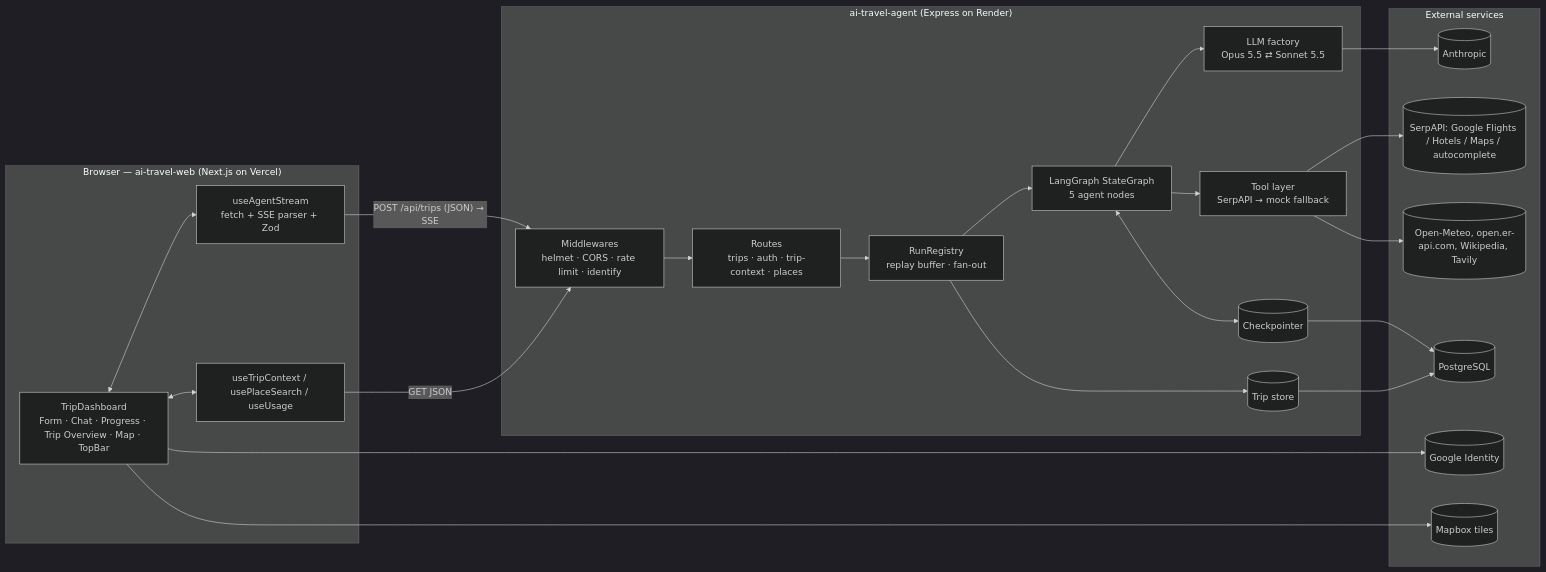
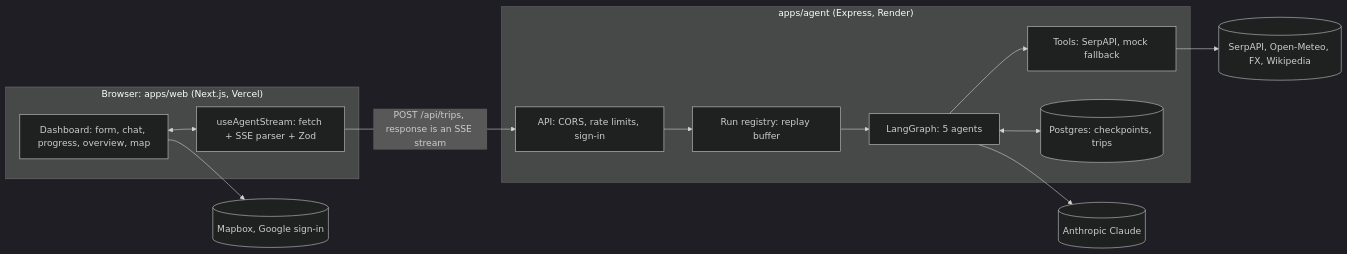
The first of 2 diagrams in PROJECT.md (Saidbek9092/ai-travel-planner), drawn with Mermaid (dark theme) before and after one commit. The commit also changed other lines of this file and 8 other files, not shown here.

````diff
--- a/PROJECT.md
+++ b/PROJECT.md
@@ -66,45 +29,21 @@
 ```mermaid
 flowchart LR
-  subgraph Browser["Browser — ai-travel-web (Next.js on Vercel)"]
-    UI[TripDashboard<br/>Form · Chat · Progress · Trip Overview · Map · TopBar]
-    Hook[useAgentStream<br/>fetch + SSE parser + Zod]
-    Ctx[useTripContext / usePlaceSearch / useUsage]
+  subgraph Browser["Browser: apps/web (Next.js, Vercel)"]
+    UI[Dashboard: form, chat, progress, overview, map]
+    Hook[useAgentStream: fetch + SSE parser + Zod]
     UI <--> Hook
-    UI <--> Ctx
   end
-
-  subgraph Agent["ai-travel-agent (Express on Render)"]
-    MW[Middlewares<br/>helmet · CORS · rate limit · identify]
-    Routes[Routes<br/>trips · auth · trip-context · places]
-    Reg[RunRegistry<br/>replay buffer · fan-out]
-    Graph[LangGraph StateGraph<br/>5 agent nodes]
-    Tools[Tool layer<br/>SerpAPI → mock fallback]
-    LLM[LLM factory<br/>Opus 5.5 ⇄ Sonnet 5.5]
-    Store[(Trip store)]
-    CP[(Checkpointer)]
-    MW --> Routes --> Reg --> Graph
-    Graph --> Tools
-    Graph --> LLM
-    Graph <--> CP
-    Reg --> Store
+  subgraph Agent["apps/agent (Express, Render)"]
+    API[API: CORS, rate limits, sign-in]
+    Reg[Run registry: replay buffer]
+    Graph[LangGraph: 5 agents]
+    Tools[Tools: SerpAPI, mock fallback]
+    Store[(Postgres: checkpoints, trips)]
+    API --> Reg --> Graph --> Tools
+    Graph <--> Store
   end
-
-  subgraph External["External services"]
-    Anthropic[(Anthropic)]
-    Serp[(SerpAPI: Google Flights / Hotels / Maps / autocomplete)]
-    Meteo[(Open-Meteo, open.er-api.com, Wikipedia, Tavily)]
-    PG[(PostgreSQL)]
-    Google[(Google Identity)]
-    Mapbox[(Mapbox tiles)]
-  end
-
-  Hook -- "POST /api/trips (JSON) → SSE" --> MW
-  Ctx -- "GET JSON" --> MW
-  LLM --> Anthropic
-  Tools --> Serp
-  Tools --> Meteo
-  CP --> PG
-  Store --> PG
-  UI --> Mapbox
-  UI --> Google
+  Hook -- "POST /api/trips, response is an SSE stream" --> API
+  Graph --> Anthropic[(Anthropic Claude)]
+  Tools --> Vendors[(SerpAPI, Open-Meteo, FX, Wikipedia)]
+  UI --> Ext[(Mapbox, Google sign-in)]
 ```
````
